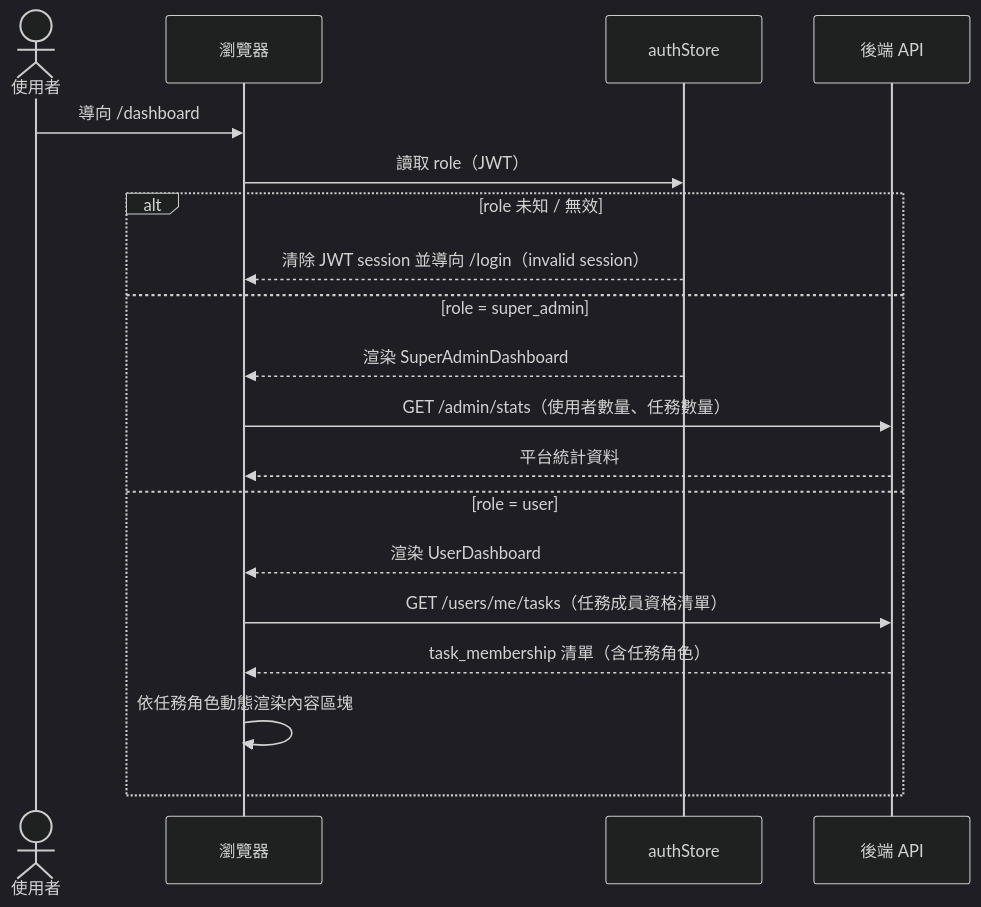
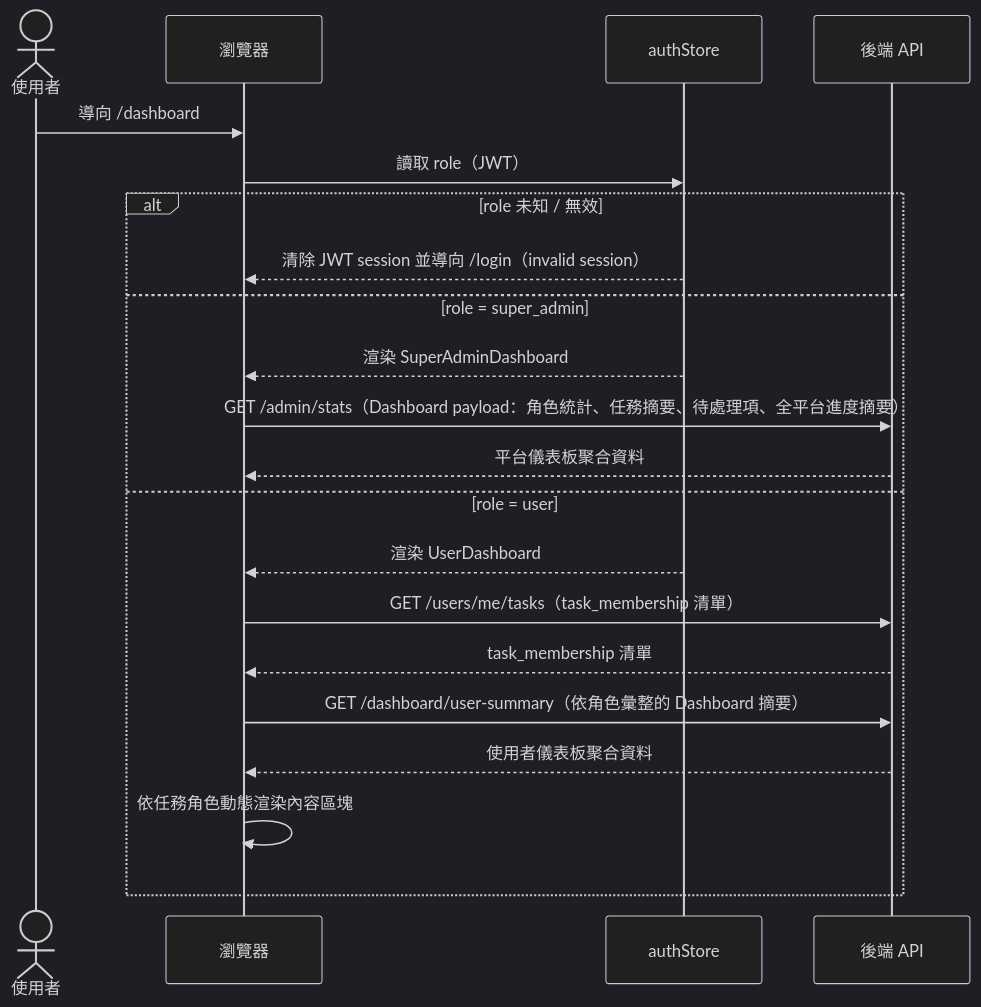
The first of 7 diagrams in specs/dashboard/012-dashboard/spec.md (singyichen/label-suite), drawn with Mermaid (dark theme) before and after one commit. The commit also changed other lines of this file and 19 other files, not shown here.

First line of the commit message:
feat(prototype): role-based demo flow — login role selector + proto-bar (#29)

````diff
--- a/specs/dashboard/012-dashboard/spec.md
+++ b/specs/dashboard/012-dashboard/spec.md
@@ -12,23 +38,25 @@
 ```mermaid
 sequenceDiagram
     actor 使用者
     participant 瀏覽器
     participant authStore
     participant 後端API as 後端 API
 
     使用者->>瀏覽器: 導向 /dashboard
     瀏覽器->>authStore: 讀取 role（JWT）
 
     alt role 未知 / 無效
         authStore-->>瀏覽器: 清除 JWT session 並導向 /login（invalid session）
     else role = super_admin
         authStore-->>瀏覽器: 渲染 SuperAdminDashboard
-        瀏覽器->>後端API: GET /admin/stats（使用者數量、任務數量）
-        後端API-->>瀏覽器: 平台統計資料
+        瀏覽器->>後端API: GET /admin/stats（Dashboard payload：角色統計、任務摘要、待處理項、全平台進度摘要）
+        後端API-->>瀏覽器: 平台儀表板聚合資料
     else role = user
         authStore-->>瀏覽器: 渲染 UserDashboard
-        瀏覽器->>後端API: GET /users/me/tasks（任務成員資格清單）
-        後端API-->>瀏覽器: task_membership 清單（含任務角色）
+        瀏覽器->>後端API: GET /users/me/tasks（task_membership 清單）
+        後端API-->>瀏覽器: task_membership 清單
+        瀏覽器->>後端API: GET /dashboard/user-summary（依角色彙整的 Dashboard 摘要）
+        後端API-->>瀏覽器: 使用者儀表板聚合資料
         瀏覽器->>瀏覽器: 依任務角色動態渲染內容區塊
     end
 ```
````
